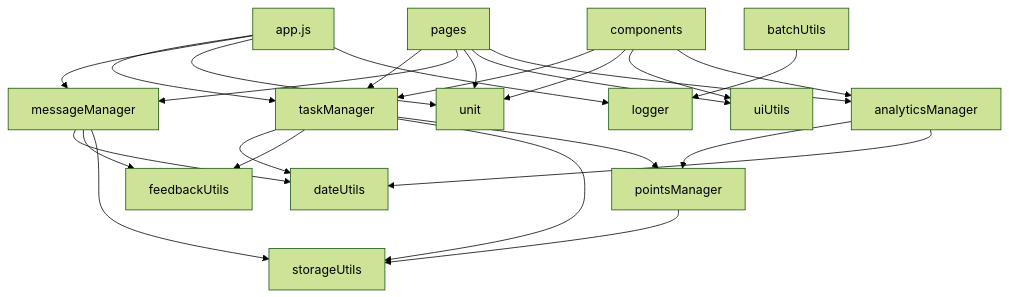
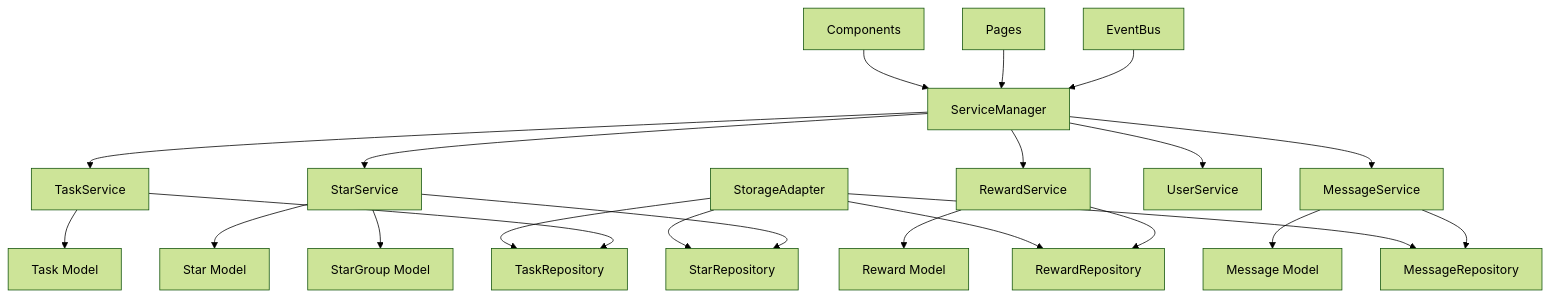
The second of 5 diagrams in docs/architecture/system_architecture.md (wangdafei091/study_task_wechat), drawn with Mermaid (forest theme) before and after one commit. The commit also changed other lines of this file and 8 other files, not shown here.

````diff
--- a/docs/architecture/system_architecture.md
+++ b/docs/architecture/system_architecture.md
@@ -69,35 +77,28 @@
 ```mermaid
 graph TD
-    A[app.js] --> B[taskManager]
-    A --> C[messageManager]
-    A --> D[unit]
-    A --> E[logger]
+    A[ServiceManager] --> B[TaskService]
+    A --> C[StarService]
+    A --> D[RewardService]
+    A --> E[MessageService]
+    A --> F[UserService]
     
-    B --> F[dateUtils]
-    C --> F
+    B --> G[TaskRepository]
+    C --> H[StarRepository]
+    D --> I[RewardRepository]
+    E --> J[MessageRepository]
     
-    B --> G[feedbackUtils]
-    C --> G
+    B --> K[Task Model]
+    C --> L[Star Model]
+    C --> M[StarGroup Model]
+    D --> N[Reward Model]
+    E --> O[Message Model]
     
-    B --> H[storageUtils]
-    C --> H
+    P[EventBus] --> A
+    Q[StorageAdapter] --> G
+    Q --> H
+    Q --> I
+    Q --> J
     
-    B --> I[pointsManager]
-    I --> H
-    
-    J[analyticsManager] --> I
-    J --> F
-    
-    K[batchUtils] --> E
-    
-    L[pages] --> B
-    L --> C
-    L --> D
-    L --> M[uiUtils]
-    L --> J
-    
-    N[components] --> B
-    N --> D
-    N --> M
-    N --> J
+    R[Pages] --> A
+    S[Components] --> A
 ```
````
